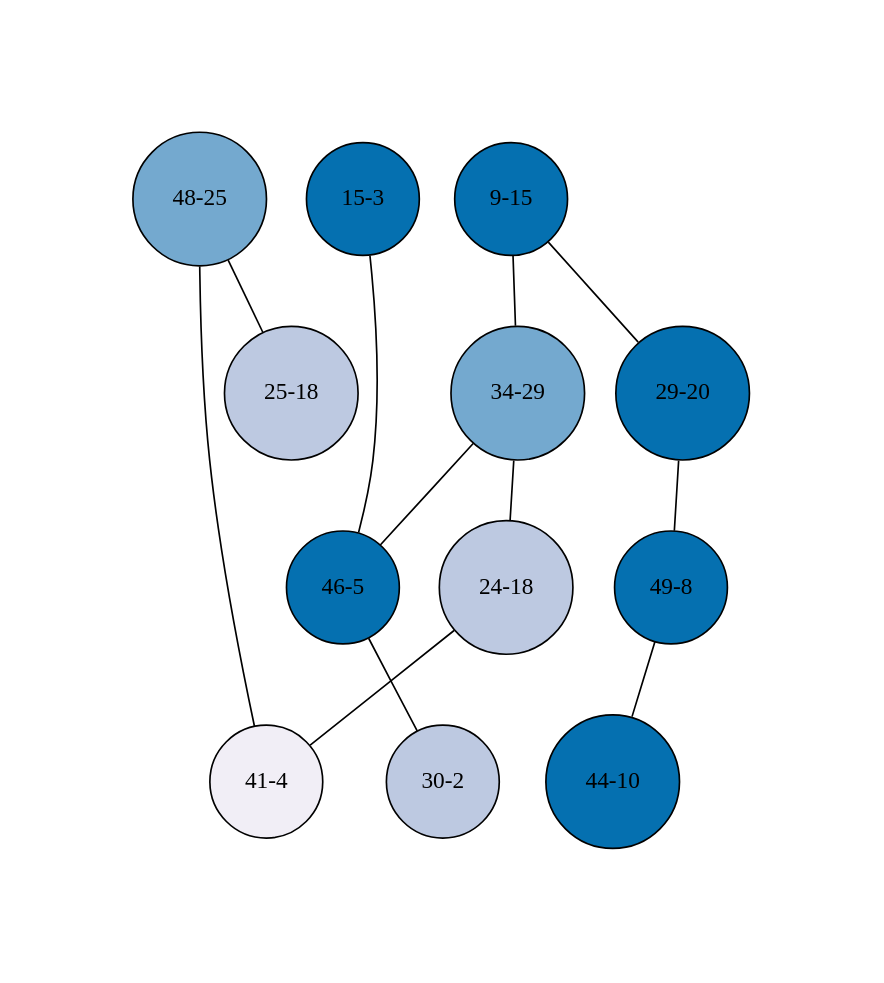
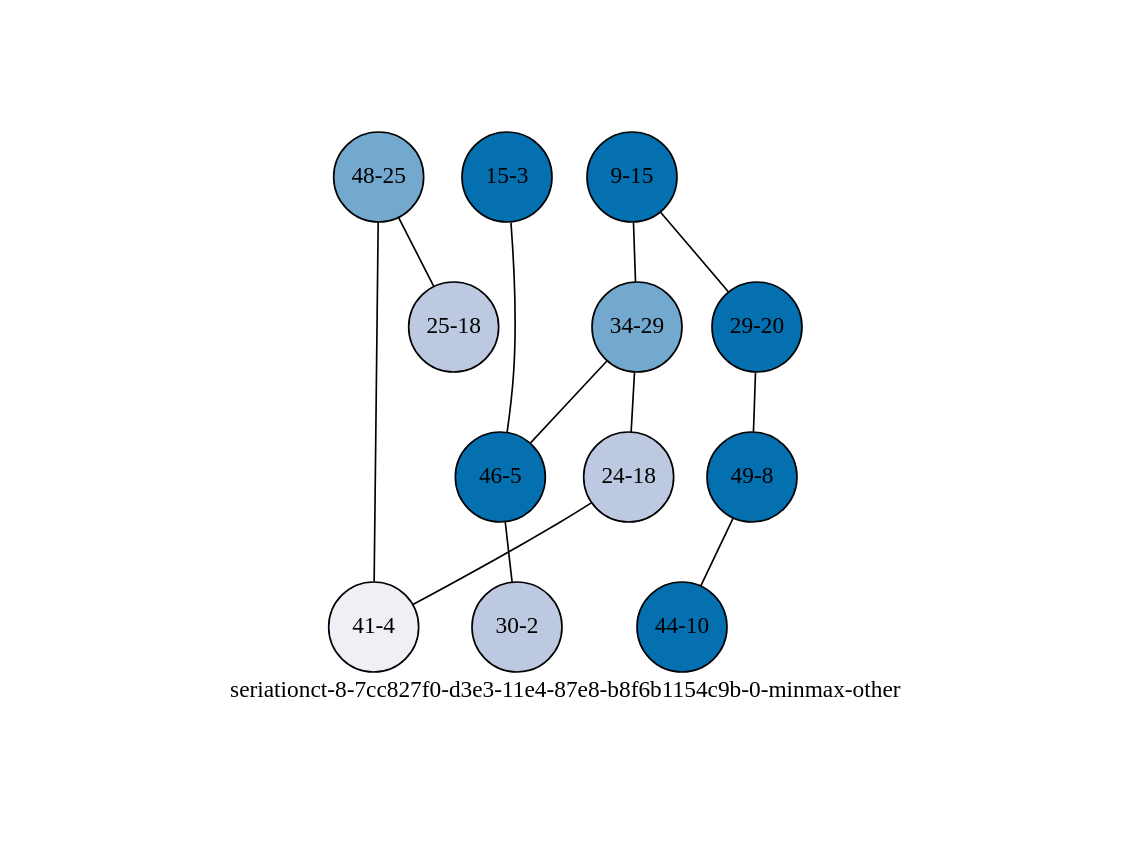
The diagram in experiments/seriationct-8/seriation-results/7cc827f0-d3e3-11e4-87e8-b8f6b1154c9b-0-sampled-0.07/7cc827f0-d3e3-11e4-87e8-b8f6b1154c9b-0-sampled-0.07-minmax-by-weight.png-annotated-chronological.dot (mmadsen/experiment-seriationct), drawn with Graphviz before and after one commit. The commit also changed 54 other files, not shown here.

```diff
--- a/experiments/seriationct-8/seriation-results/7cc827f0-d3e3-11e4-87e8-b8f6b1154c9b-0-sampled-0.07/7cc827f0-d3e3-11e4-87e8-b8f6b1154c9b-0-sampled-0.07-minmax-by-weight.png-annotated-chronological.dot
+++ b/experiments/seriationct-8/seriation-results/7cc827f0-d3e3-11e4-87e8-b8f6b1154c9b-0-sampled-0.07/7cc827f0-d3e3-11e4-87e8-b8f6b1154c9b-0-sampled-0.07-minmax-by-weight.png-annotated-chronological.dot
@@ -1,29 +1,30 @@
-strict graph G {
+strict graph "seriationct-8-7cc827f0-d3e3-11e4-87e8-b8f6b1154c9b-0-minmax-other" {
 labelloc=b;
 ratio=auto;
 pad="1.0";
-node [width="0.3", shape=circle, height="0.3", style=filled, label=""];
+label="seriationct-8-7cc827f0-d3e3-11e4-87e8-b8f6b1154c9b-0-minmax-other";
+node [width="0.75", style=filled, fixedsize=true, height="0.75", shape=circle, label=""];
 0 [xCoordinate="3.0", appears_in_slice=1, yCoordinate="15.0", colorscheme=pubu4, short_label="15-3", label="15-3", fillcolor=4, id=0, size="297.05790779"];
 1 [xCoordinate="25.0", appears_in_slice=2, yCoordinate="48.0", colorscheme=pubu4, short_label="48-25", label="48-25", fillcolor=3, id=1, size="1009.15802696"];
 2 [xCoordinate="15.0", appears_in_slice=1, yCoordinate="9.0", colorscheme=pubu4, short_label="9-15", label="9-15", fillcolor=4, id=2, size="531.587856578"];
 3 [xCoordinate="20.0", appears_in_slice=1, yCoordinate="29.0", colorscheme=pubu4, short_label="29-20", label="29-20", fillcolor=4, id=3, size="297.05790779"];
 4 [xCoordinate="29.0", appears_in_slice=2, yCoordinate="34.0", colorscheme=pubu4, short_label="34-29", label="34-29", fillcolor=3, id=4, size="486.996603764"];
 5 [xCoordinate="8.0", appears_in_slice=1, yCoordinate="49.0", colorscheme=pubu4, short_label="49-8", label="49-8", fillcolor=4, id=5, size="234.529948788"];
 6 [xCoordinate="10.0", appears_in_slice=1, yCoordinate="44.0", colorscheme=pubu4, short_label="44-10", label="44-10", fillcolor=4, id=6, size="234.529948788"];
 7 [xCoordinate="18.0", appears_in_slice=3, yCoordinate="24.0", colorscheme=pubu4, short_label="24-18", label="24-18", fillcolor=2, id=7, size="522.161423198"];
 8 [xCoordinate="5.0", appears_in_slice=1, yCoordinate="46.0", colorscheme=pubu4, short_label="46-5", label="46-5", fillcolor=4, id=8, size="784.054511554"];
 9 [xCoordinate="4.0", appears_in_slice=4, yCoordinate="41.0", colorscheme=pubu4, short_label="41-4", label="41-4", fillcolor=1, id=9, size="558.543018391"];
 10 [xCoordinate="18.0", appears_in_slice=3, yCoordinate="25.0", colorscheme=pubu4, short_label="25-18", label="25-18", fillcolor=2, id=10, size="522.161423198"];
 11 [xCoordinate="2.0", appears_in_slice=3, yCoordinate="30.0", colorscheme=pubu4, short_label="30-2", label="30-2", fillcolor=2, id=11, size="522.161423198"];
 0 -- 8  [inverseweight="1.8567339007", weight="0.538580137748"];
 1 -- 9  [inverseweight="2.31859229445", weight="0.431296180183"];
 1 -- 10  [inverseweight="4.55557241528", weight="0.219511382729"];
 2 -- 3  [inverseweight="2.0728637453", weight="0.48242437655"];
 2 -- 4  [inverseweight="2.35908280795", weight="0.423893555848"];
 3 -- 5  [inverseweight="1.66842426931", weight="0.599367929607"];
 4 -- 8  [inverseweight="2.04559377294", weight="0.488855614065"];
 4 -- 7  [inverseweight="1.88862775534", weight="0.529484964507"];
 5 -- 6  [inverseweight="6.32015627539", weight="0.158223935679"];
 7 -- 9  [inverseweight="3.34446827634", weight="0.299001191631"];
 8 -- 11  [inverseweight="2.55265554977", weight="0.39174889855"];
 }
```
